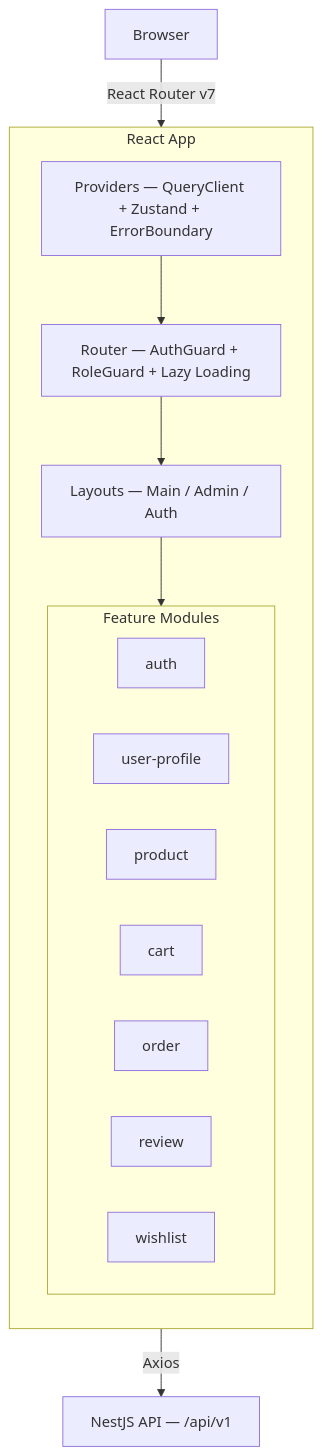
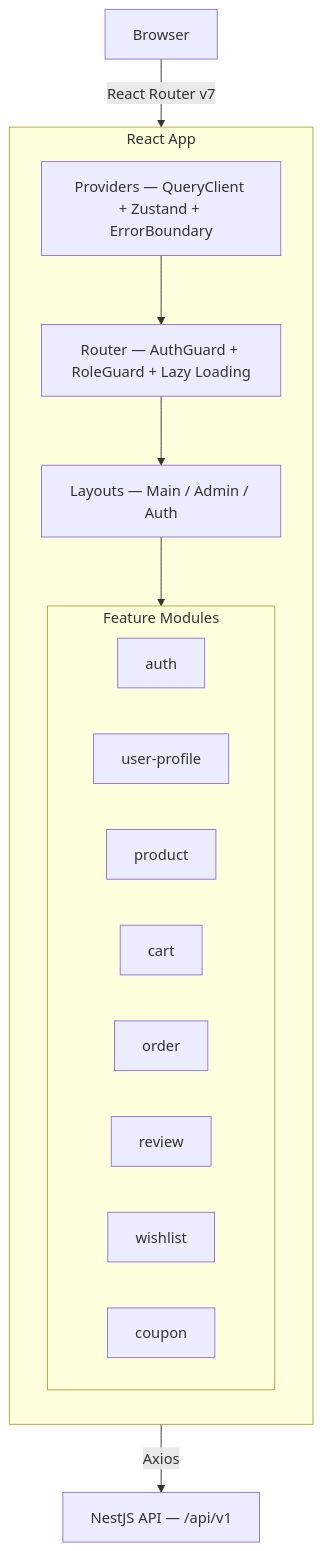
Before and after one commit to Hy-Khang/E-commerce-shop-Amazon-: the first of 2 diagrams in frontend-react/docs/FE-ARCHITECTURE.md, drawn with Mermaid. The commit also changed other lines of this file and 28 other files, not shown here.

````diff
--- a/frontend-react/docs/FE-ARCHITECTURE.md
+++ b/frontend-react/docs/FE-ARCHITECTURE.md
@@ -5,24 +5,25 @@
 ```mermaid
 graph TB
     Browser["Browser"] -->|React Router v7| App["React 19 + Vite"]
 
     subgraph App["React App"]
         direction TB
         Providers["Providers — QueryClient + Zustand + ErrorBoundary"]
         Providers --> Router["Router — AuthGuard + RoleGuard + Lazy Loading"]
         Router --> Layouts["Layouts — Main / Admin / Auth"]
         Layouts --> Features
 
         subgraph Features["Feature Modules"]
             Auth["auth"]
             UP["user-profile"]
             Prod["product"]
             Cart["cart"]
             Order["order"]
             Review["review"]
             Wishlist["wishlist"]
+            Coupon["coupon"]
         end
     end
 
     App -->|Axios| API["NestJS API — /api/v1"]
 ```
````
